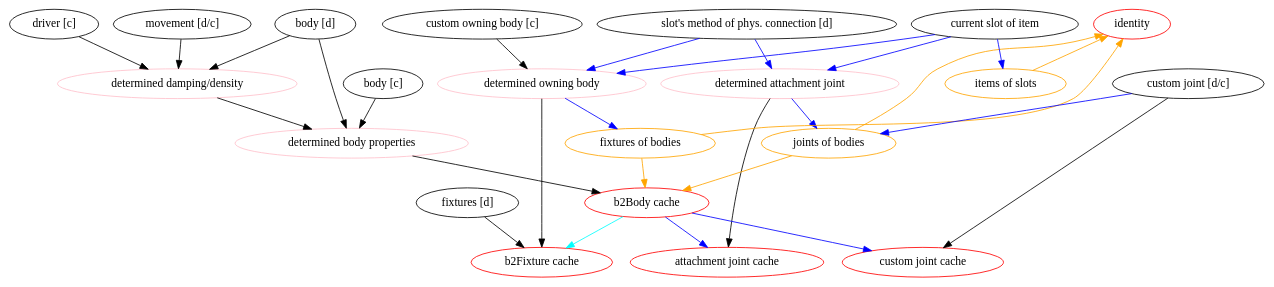
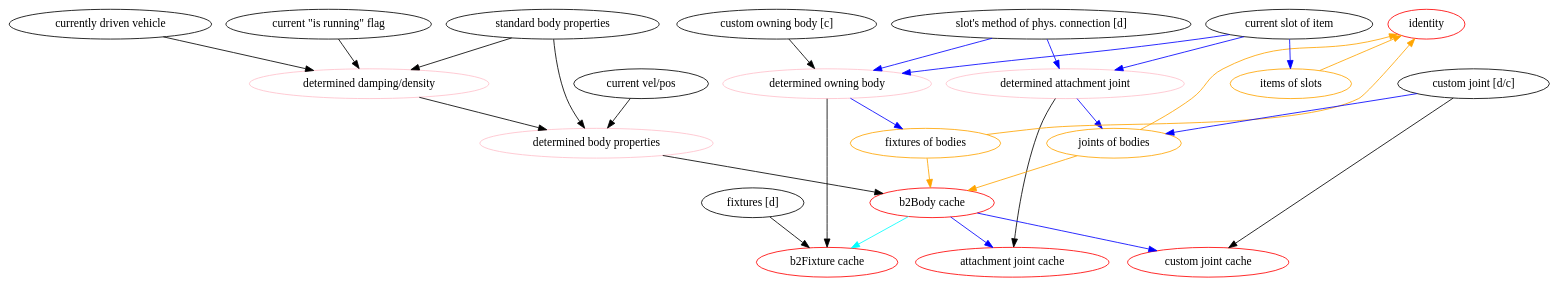
The diagram in docs/deps.dot (TeamHypersomnia/Hypersomnia), drawn with Graphviz before and after one commit. The commit also changed 1 other file, not shown here.

Commit message:
call dependency graph draft

```diff
--- a/docs/deps.dot
+++ b/docs/deps.dot
@@ -1,59 +1,59 @@
 digraph G {
 	/*
 		Legend:
 
 		Black node: significant field(s)
 		Red node: inferred cache
 		Pink node: calculated information that is not stored
 
 		Orange edge: necessary to know which caches are dependent on the pointed node
 		Blue edge: state that may come from this entity and one or more of its parents 
 		Cyan edge: state that may come from a single remote source
 	*/
 	
 	"determined damping/density"[color="pink"]
 	"determined attachment joint"[color="pink"]
 	"determined owning body"[color="pink"]
 	"determined body properties"[color="pink"]
 	"b2Body cache"[color="red"]
 	"b2Fixture cache"[color="red"]
 	"attachment joint cache"[color="red"]
 	"custom joint cache"[color="red"]
 
 	"joints of bodies"[color="orange"]
 	"fixtures of bodies"[color="orange"]
 	"items of slots"[color="orange"]
 
 	"identity"[color=red]
 
 	"slot's method of phys. connection [d]"->"determined attachment joint"[color=blue]
 	"slot's method of phys. connection [d]"->"determined owning body"[color=blue]
 	"current slot of item"->"determined attachment joint"[color=blue]
 	"current slot of item"->"items of slots"[color=blue]
 	"custom joint [d/c]"->"custom joint cache"
 	"custom joint [d/c]"->"joints of bodies"[color=blue]
 	"determined attachment joint"->"attachment joint cache"
 	"determined attachment joint"->"joints of bodies"[color=blue]
-	"body [d]"->"determined damping/density"
-	"body [d]"->"determined body properties"
-	"body [c]"->"determined body properties"
+	"standard body properties"->"determined damping/density"
+	"standard body properties"->"determined body properties"
+	"current vel/pos"->"determined body properties"
 	"determined body properties"->"b2Body cache"
-	"driver [c]"->"determined damping/density"
-	"movement [d/c]"->"determined damping/density"
+	"currently driven vehicle"->"determined damping/density"
+	"current \"is running\" flag"->"determined damping/density"
 	"determined damping/density"->"determined body properties"
 	"fixtures [d]"->"b2Fixture cache"
 	"determined owning body"->"b2Fixture cache"
 	"determined owning body"->"fixtures of bodies"[color=blue]
 	"custom owning body [c]"->"determined owning body"
 	"current slot of item"->"determined owning body"[color=blue]
 	"b2Body cache"->"b2Fixture cache"[color=cyan]
 	"b2Body cache"->"attachment joint cache"[color=blue]
 	"b2Body cache"->"custom joint cache"[color=blue]
 
 	"fixtures of bodies"->"b2Body cache"[color=orange]
 	"joints of bodies"->"b2Body cache"[color=orange]
 
 	"fixtures of bodies"->"identity"[constraint=false,color=orange]
 	"joints of bodies"->"identity"[constraint=false,color=orange]
 	"items of slots"->"identity"[constraint=false,color=orange]
 }
```
